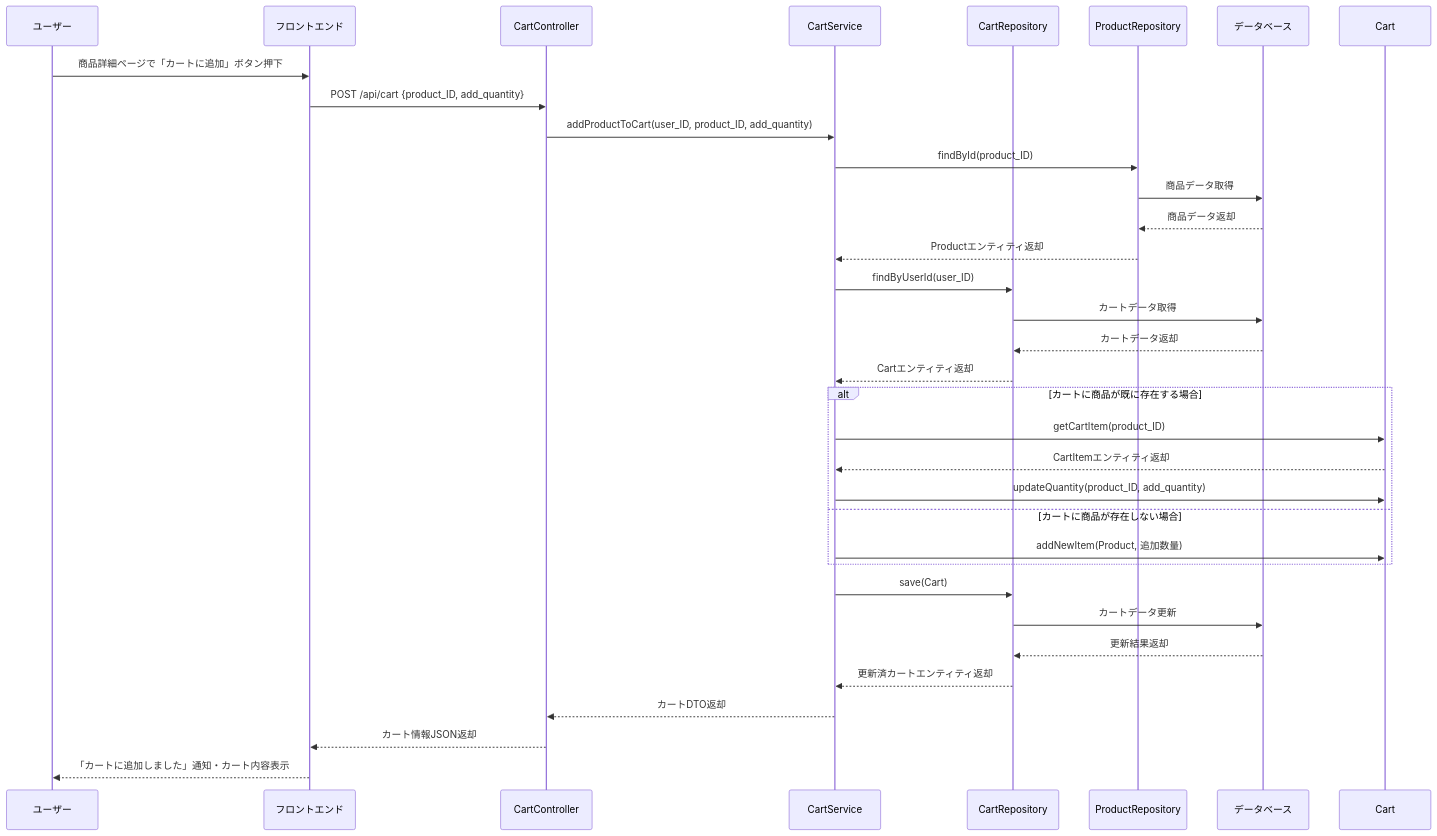
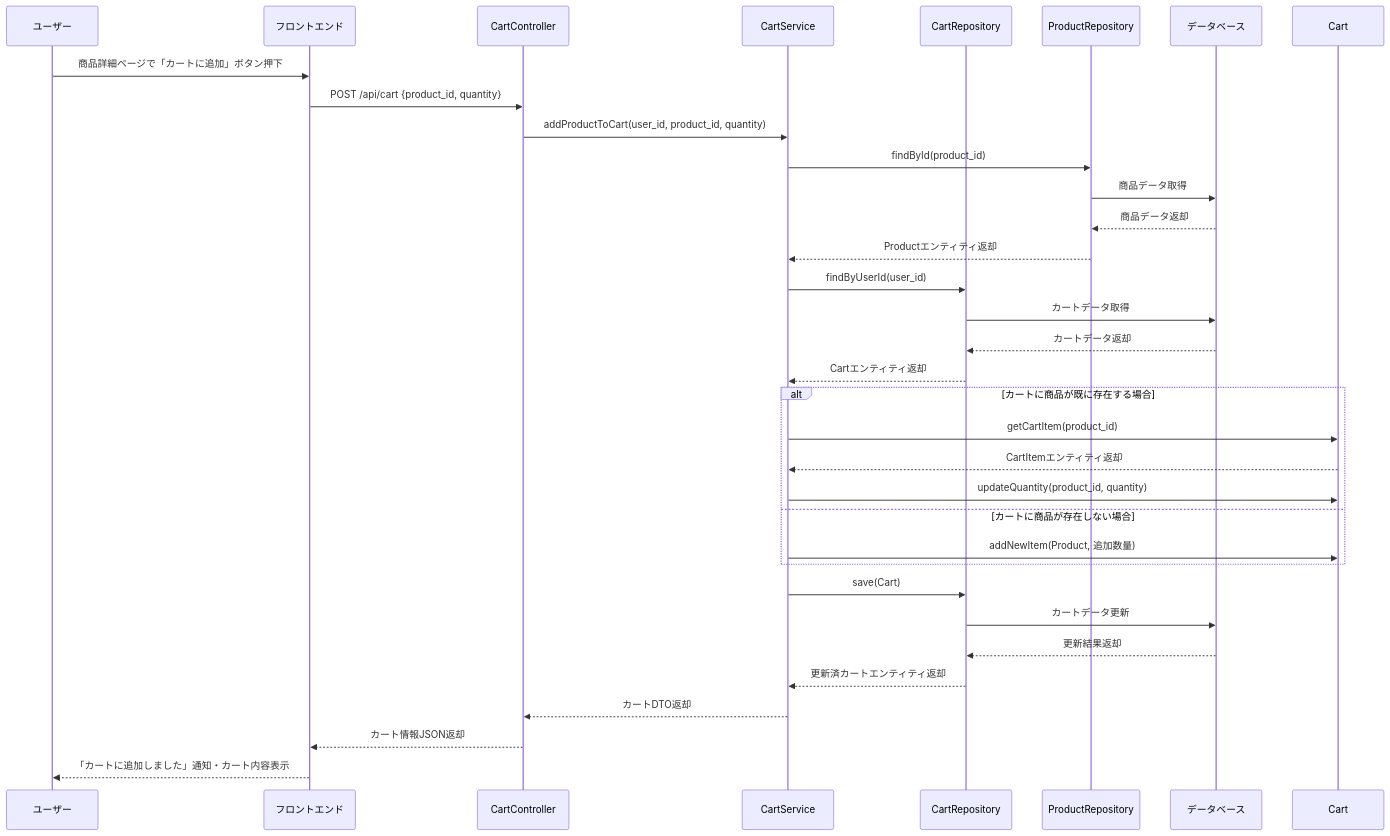
The sixth of 36 diagrams in 詳細設計/提出用/詳細設計書.md (Aoi-Yaegashi/teamF), drawn with Mermaid before and after one commit. The commit also changed other lines of this file and 1 other file, not shown here.

```diff
--- a/詳細設計/提出用/詳細設計書.md
+++ b/詳細設計/提出用/詳細設計書.md
@@ -529,36 +529,36 @@
 <div class="mermaid">
 sequenceDiagram
     participant User as ユーザー
     participant Browser as フロントエンド
     participant CartController as CartController
     participant CartService as CartService
     participant CartRepo as CartRepository
     participant ProductRepo as ProductRepository
     participant DB as データベース
 
     User->>Browser: 商品詳細ページで「カートに追加」ボタン押下
-    Browser->>CartController: POST /api/cart {product_ID, add_quantity}
-    CartController->>CartService: addProductToCart(user_ID, product_ID, add_quantity)
-    CartService->>ProductRepo: findById(product_ID)
+    Browser->>CartController: POST /api/cart {product_id, quantity}
+    CartController->>CartService: addProductToCart(user_id, product_id, quantity)
+    CartService->>ProductRepo: findById(product_id)
     ProductRepo->>DB: 商品データ取得
     DB-->>ProductRepo: 商品データ返却
     ProductRepo-->>CartService: Productエンティティ返却
-    CartService->>CartRepo: findByUserId(user_ID)
+    CartService->>CartRepo: findByUserId(user_id)
     CartRepo->>DB: カートデータ取得
     DB-->>CartRepo: カートデータ返却
     CartRepo-->>CartService: Cartエンティティ返却
     alt カートに商品が既に存在する場合
-        CartService->>Cart: getCartItem(product_ID)
+        CartService->>Cart: getCartItem(product_id)
         Cart-->>CartService: CartItemエンティティ返却
-        CartService->>Cart: updateQuantity(product_ID, add_quantity)
+        CartService->>Cart: updateQuantity(product_id, quantity)
     else カートに商品が存在しない場合
         CartService->>Cart: addNewItem(Product, 追加数量)
     end
     CartService->>CartRepo: save(Cart)
     CartRepo->>DB: カートデータ更新
     DB-->>CartRepo: 更新結果返却
     CartRepo-->>CartService: 更新済カートエンティティ返却
     CartService-->>CartController: カートDTO返却
     CartController-->>Browser: カート情報JSON返却
     Browser-->>User: 「カートに追加しました」通知・カート内容表示
 </div>
```
